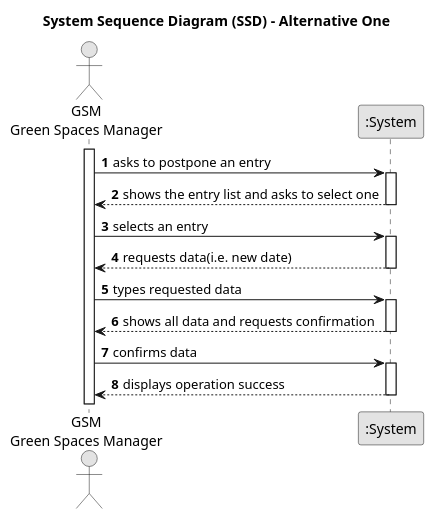
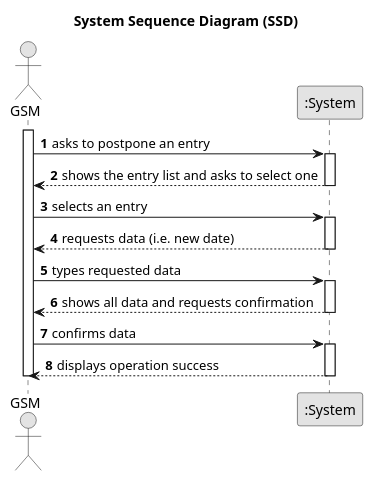
One commit to daniel41silva05/ISEP_2023_2024_LAPR2 changed the diagram in docs/sprintA&B&C/us024/01.requirements-engineering/puml/us024-system-sequence-diagram-alternative-one.puml. Above: the diagram before and after it, drawn with PlantUML. The commit also changed 1 other file, not shown here.

Commit message:
US24 System Sequence Diagram Correction

```diff
--- a/docs/sprintA&B&C/us024/01.requirements-engineering/puml/us024-system-sequence-diagram-alternative-one.puml
+++ b/docs/sprintA&B&C/us024/01.requirements-engineering/puml/us024-system-sequence-diagram-alternative-one.puml
@@ -1,39 +1,41 @@
 @startuml
 skinparam monochrome true
 skinparam packageStyle rectangle
 skinparam shadowing false
 
-title System Sequence Diagram (SSD) - Alternative One
+title System Sequence Diagram (SSD)
 
 autonumber
 
-actor "GSM\nGreen Spaces Manager" as GSM
+actor "GSM" as ADM
 participant ":System" as System
 
-activate GSM
+activate ADM
 
-    GSM -> System : asks to postpone an entry
+    ADM -> System : asks to postpone an entry
     activate System
 
-        System --> GSM : shows the entry list and asks to select one
+        System --> ADM : shows the entry list and asks to select one
     deactivate System
 
-    GSM -> System : selects an entry
+    ADM -> System : selects an entry
     activate System
 
-        System --> GSM : requests data(i.e. new date)
+        System --> ADM : requests data (i.e. new date)
     deactivate System
 
-    GSM -> System : types requested data
+    ADM -> System : types requested data
     activate System
 
-        System --> GSM : shows all data and requests confirmation
+        System --> ADM : shows all data and requests confirmation
     deactivate System
 
-    GSM -> System : confirms data
+    ADM -> System : confirms data
     activate System
 
-        System --> GSM : displays operation success
+        System --> ADM : displays operation success
     deactivate System
 
+deactivate ADM
+
 @enduml
```
